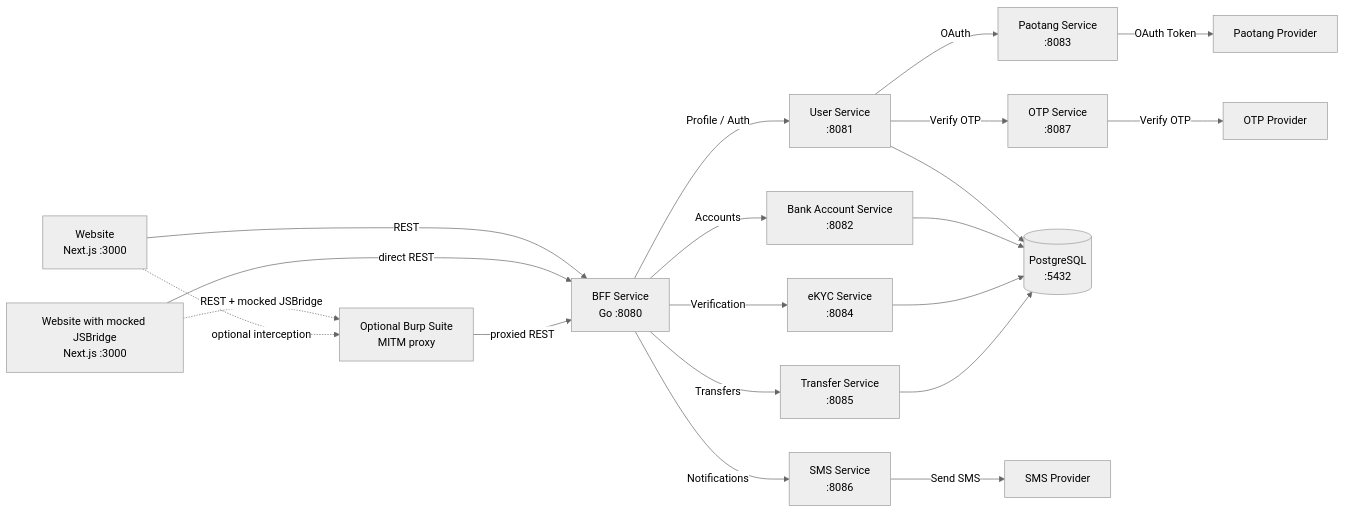
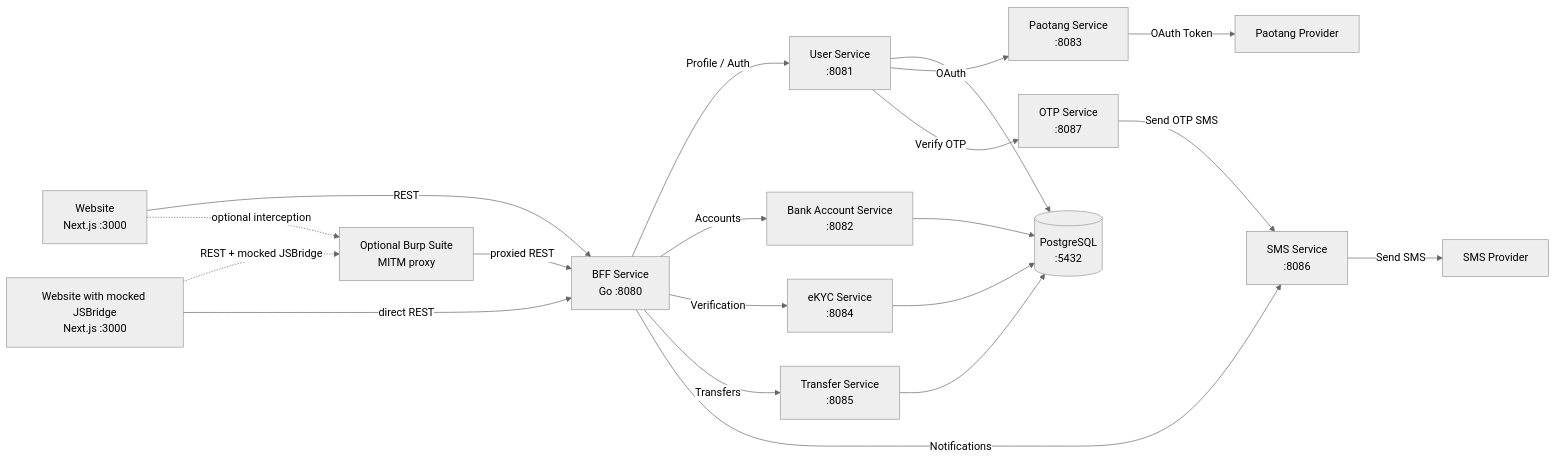
One commit to SiwakornSitti/ultra-smoooooth-testing changed the first of 3 diagrams in SYSTEM-ARCHITECTURE.md. Above: the diagram before and after it, drawn with Mermaid (neutral theme). The commit also changed other lines of this file and 2 other files, not shown here.

Commit message:
feat: implement internal OTP logic in otp-service with SMS service delivery integration

````diff
--- a/SYSTEM-ARCHITECTURE.md
+++ b/SYSTEM-ARCHITECTURE.md
@@ -14,43 +14,42 @@
 ```mermaid
 flowchart LR
     Browser[Website\nNext.js :3000]
     BridgeWebsite[Website with mocked JSBridge\nNext.js :3000]
     Burp[Optional Burp Suite\nMITM proxy]
     BFF[BFF Service\nGo :8080]
 
     User[User Service\n:8081]
     Account[Bank Account Service\n:8082]
     EKYC[eKYC Service\n:8084]
     Transfer[Transfer Service\n:8085]
     SMS[SMS Service\n:8086]
     OTP[OTP Service\n:8087]
     PaotangSvc[Paotang Service\n:8083]
 
     DB[(PostgreSQL\n:5432)]
     PaotangProvider[Paotang Provider]
     SMSProvider[SMS Provider]
-    OTPProvider[OTP Provider]
 
     Browser -->|REST| BFF
     BridgeWebsite -.->|REST + mocked JSBridge| Burp
     BridgeWebsite -->|direct REST| BFF
     Burp -->|proxied REST| BFF
     Browser -.->|optional interception| Burp
 
     BFF -->|Profile / Auth| User
     BFF -->|Accounts| Account
     BFF -->|Verification| EKYC
     BFF -->|Transfers| Transfer
     BFF -->|Notifications| SMS
 
     User --> DB
     Account --> DB
     EKYC --> DB
     Transfer --> DB
 
     User -->|OAuth| PaotangSvc
     User -->|Verify OTP| OTP
+    OTP -->|Send OTP SMS| SMS
     PaotangSvc -->|OAuth Token| PaotangProvider
     SMS -->|Send SMS| SMSProvider
-    OTP -->|Verify OTP| OTPProvider
 ```
````
